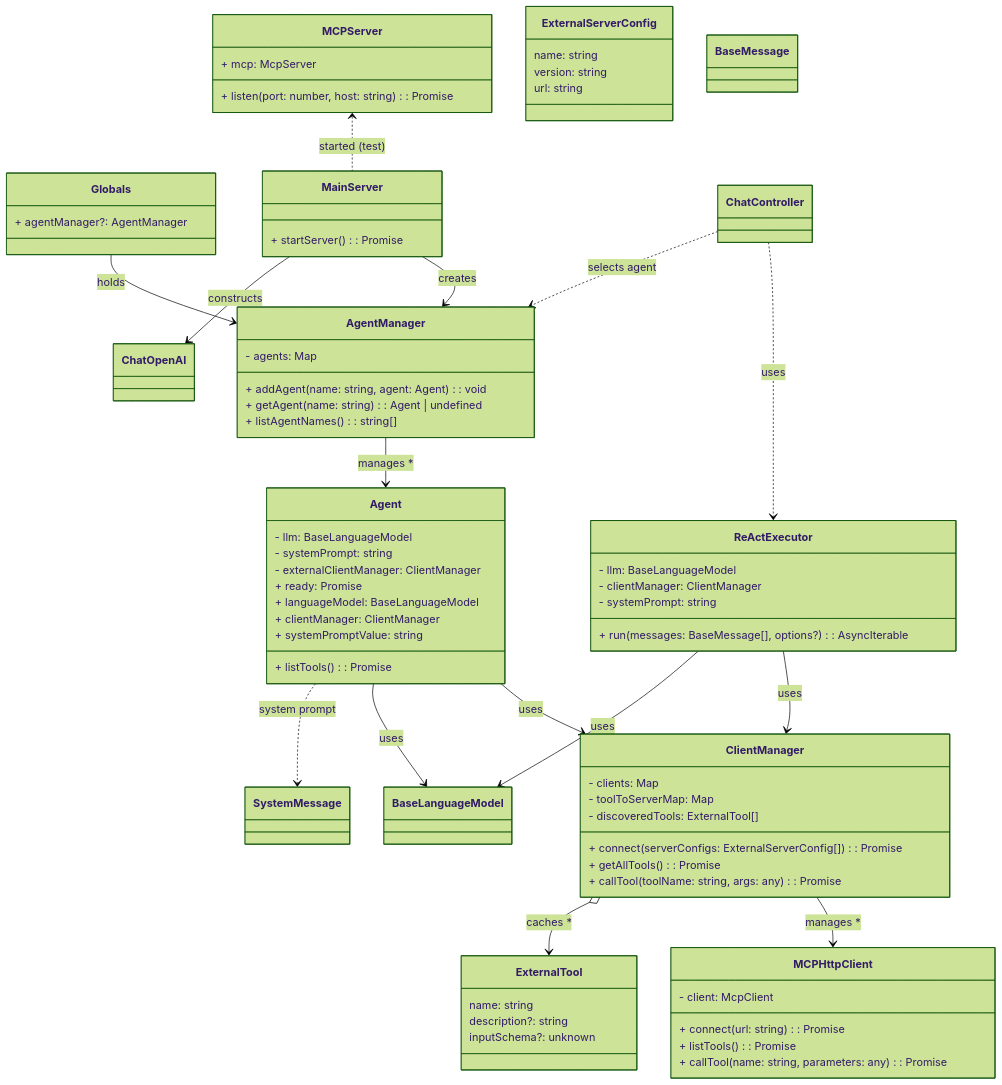
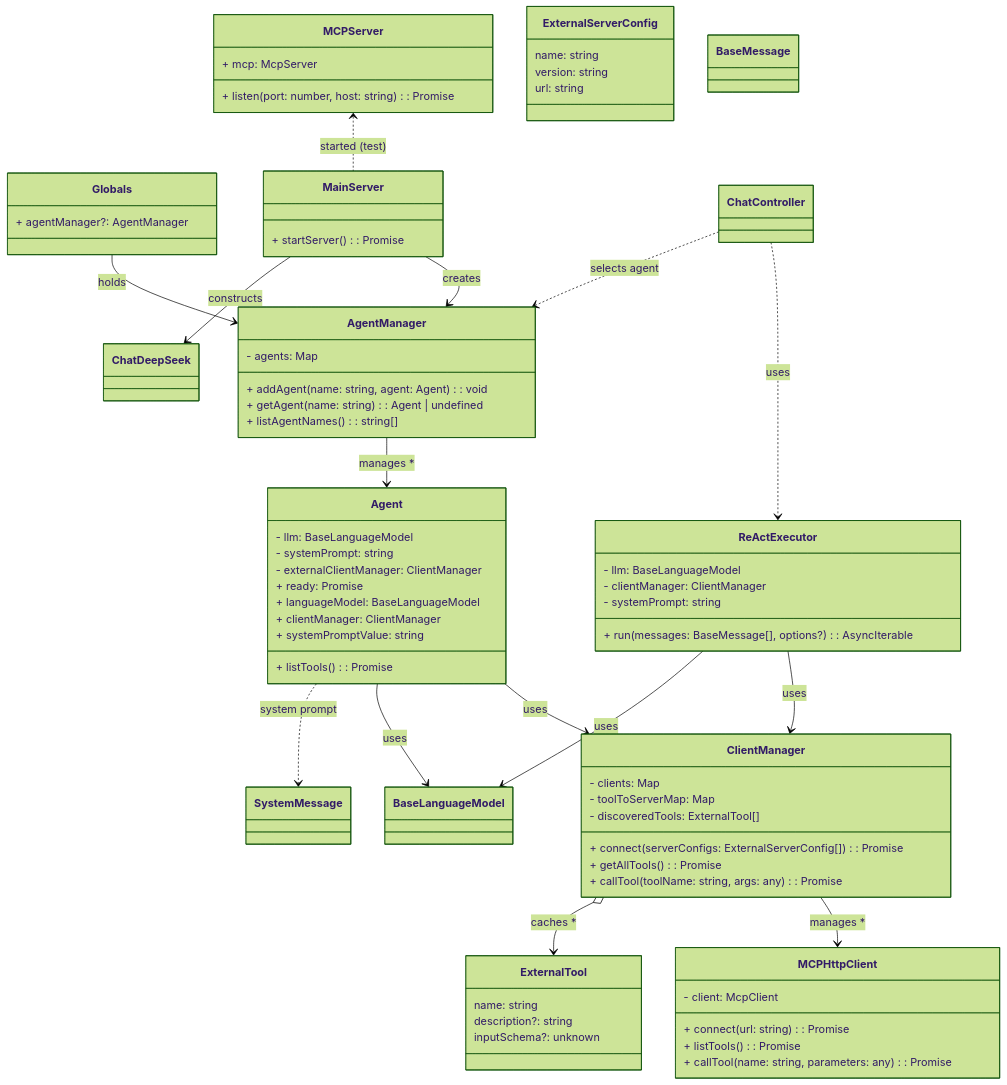
Before and after one commit to seemrcola/bot-server: the diagram in docs/architecture.md, drawn with Mermaid (forest theme). The commit also changed 2 other files, not shown here.

```diff
--- a/docs/architecture.md
+++ b/docs/architecture.md
@@ -73,7 +73,7 @@
   class BaseLanguageModel
   class BaseMessage
   class SystemMessage
-  class ChatOpenAI
+  class ChatDeepSeek
 
   Agent --> ClientManager : uses
   Agent --> BaseLanguageModel : uses
@@ -84,7 +84,7 @@
   MainServer --> AgentManager : creates
   AgentManager --> Agent : manages *
   Globals --> AgentManager : holds
-  MainServer --> ChatOpenAI : constructs
+  MainServer --> ChatDeepSeek : constructs
   MCPServer <.. MainServer : started (test)
   Agent ..> SystemMessage : system prompt
   ChatController ..> ReActExecutor : uses
```
